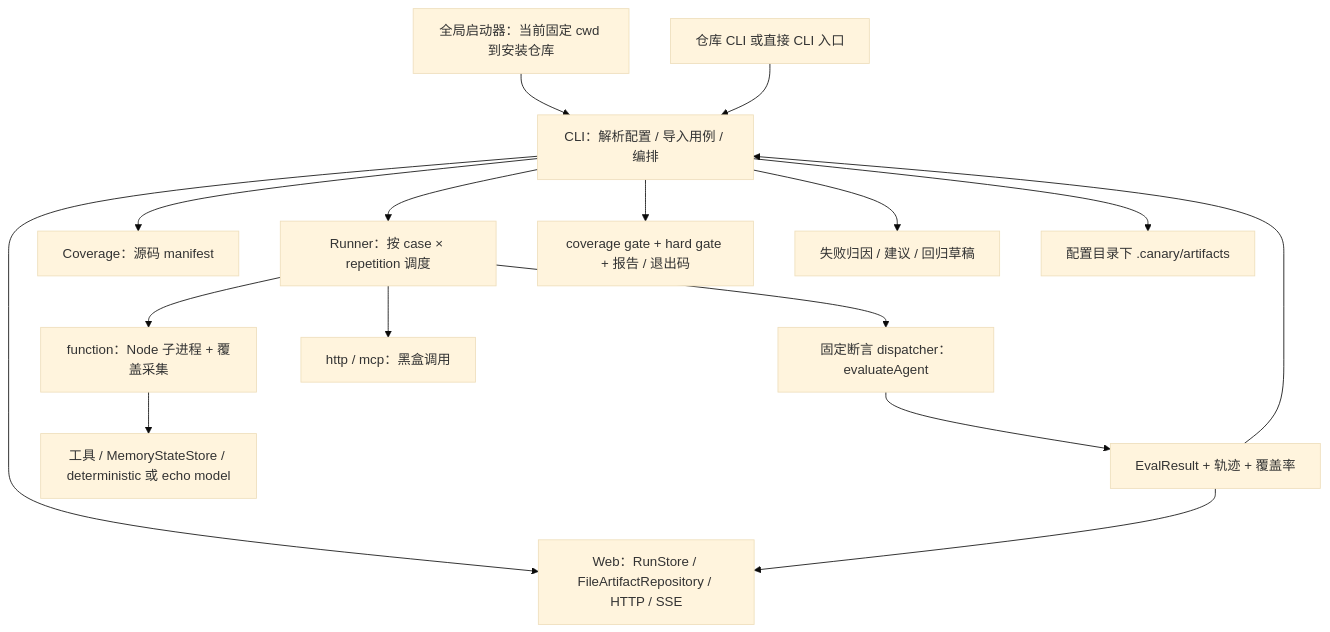
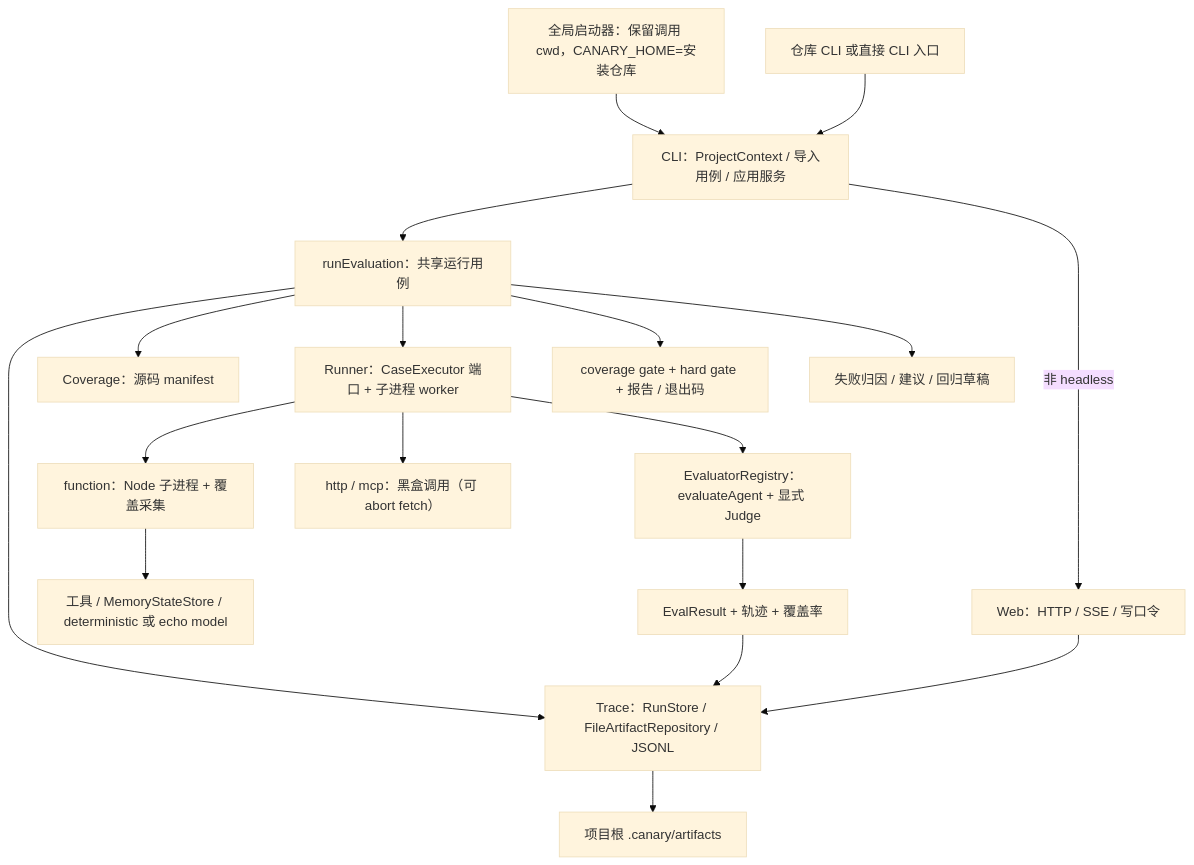
Before and after one commit to EVEDensity/Canary: the diagram in docs/current/architecture.md, drawn with Mermaid (base theme). The commit also changed other lines of this file and 1 other file, not shown here.

Commit message:
docs: update architecture + code audit

````diff
--- a/docs/current/architecture.md
+++ b/docs/current/architecture.md
@@ -8,18 +8,20 @@
 ```mermaid
 flowchart TD
-    INSTALL["全局启动器：当前固定 cwd 到安装仓库"] --> CLI["CLI：解析配置 / 导入用例 / 编排"]
+    INSTALL["全局启动器：保留调用 cwd，CANARY_HOME=安装仓库"] --> CLI["CLI：ProjectContext / 导入用例 / 应用服务"]
     DIRECT["仓库 CLI 或直接 CLI 入口"] --> CLI
-    CLI --> WEB["Web：RunStore / FileArtifactRepository / HTTP / SSE"]
-    CLI --> MANIFEST["Coverage：源码 manifest"]
-    CLI --> RUNNER["Runner：按 case × repetition 调度"]
+    CLI --> APP["runEvaluation：共享运行用例"]
+    APP --> STORE["Trace：RunStore / FileArtifactRepository / JSONL"]
+    CLI -->|非 headless| WEB["Web：HTTP / SSE / 写口令"]
+    WEB --> STORE
+    APP --> MANIFEST["Coverage：源码 manifest"]
+    APP --> RUNNER["Runner：CaseExecutor 端口 + 子进程 worker"]
     RUNNER --> FUNCTION["function：Node 子进程 + 覆盖采集"]
-    RUNNER --> REMOTE["http / mcp：黑盒调用"]
+    RUNNER --> REMOTE["http / mcp：黑盒调用（可 abort fetch）"]
     FUNCTION --> ENV["工具 / MemoryStateStore / deterministic 或 echo model"]
-    RUNNER --> EVAL["固定断言 dispatcher：evaluateAgent"]
+    RUNNER --> EVAL["EvaluatorRegistry：evaluateAgent + 显式 Judge"]
     EVAL --> RESULTS["EvalResult + 轨迹 + 覆盖率"]
-    RESULTS --> WEB
-    RESULTS --> CLI
-    CLI --> GATES["coverage gate + hard gate + 报告 / 退出码"]
-    CLI --> IMPROVE["失败归因 / 建议 / 回归草稿"]
-    CLI --> DISK["配置目录下 .canary/artifacts"]
+    RESULTS --> STORE
+    APP --> GATES["coverage gate + hard gate + 报告 / 退出码"]
+    APP --> IMPROVE["失败归因 / 建议 / 回归草稿"]
+    STORE --> DISK["项目根 .canary/artifacts"]
 ```
````
